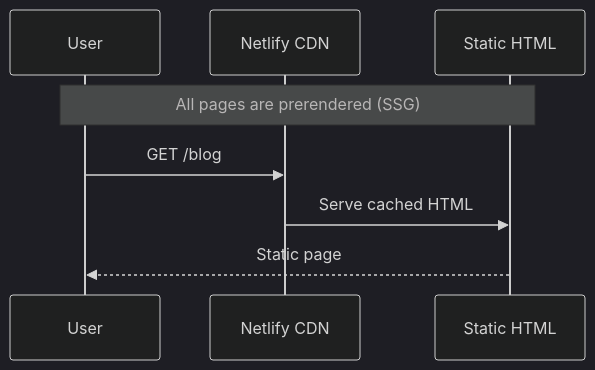
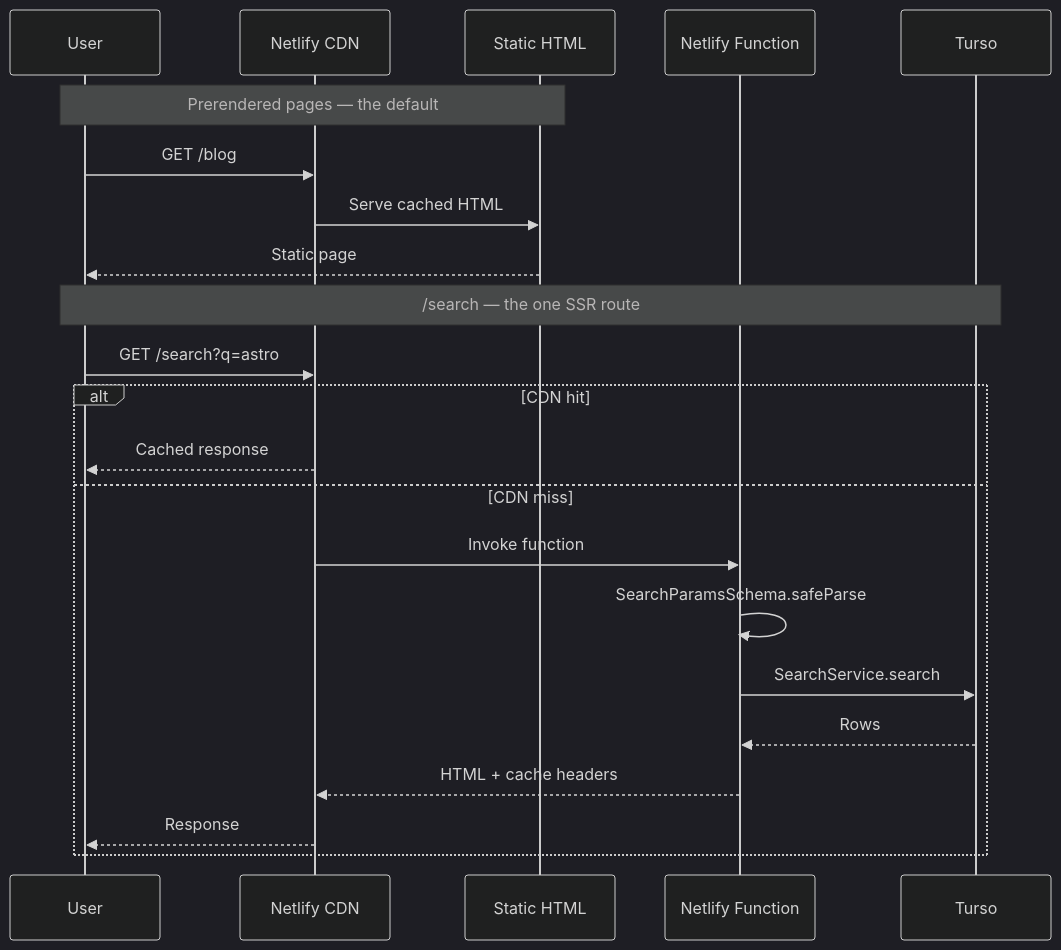
Before and after one commit to duckycoding-dev/ducky-coding: the sixth of 8 diagrams in docs/stable/architecture/architecture.md, drawn with Mermaid (dark theme). The commit also changed other lines of this file and 6 other files, not shown here.

````diff
--- a/docs/stable/architecture/architecture.md
+++ b/docs/stable/architecture/architecture.md
@@ -210,11 +250,26 @@
 ```mermaid
 sequenceDiagram
     participant U as User
     participant N as Netlify CDN
     participant S as Static HTML
+    participant F as Netlify Function
+    participant DB as Turso
 
-    Note over U,S: All pages are prerendered (SSG)
+    Note over U,S: Prerendered pages — the default
     U->>N: GET /blog
     N->>S: Serve cached HTML
     S-->>U: Static page
+
+    Note over U,DB: /search — the one SSR route
+    U->>N: GET /search?q=astro
+    alt CDN hit
+        N-->>U: Cached response
+    else CDN miss
+        N->>F: Invoke function
+        F->>F: SearchParamsSchema.safeParse
+        F->>DB: SearchService.search
+        DB-->>F: Rows
+        F-->>N: HTML + cache headers
+        N-->>U: Response
+    end
 ```
````
